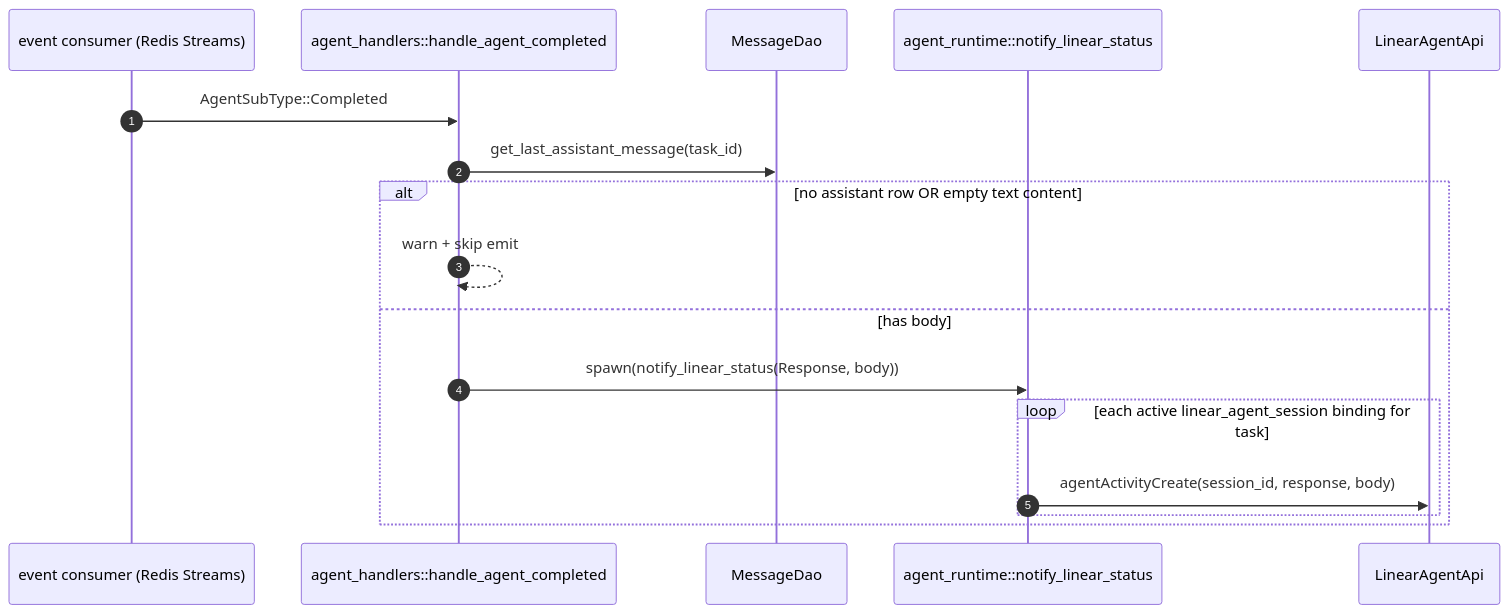
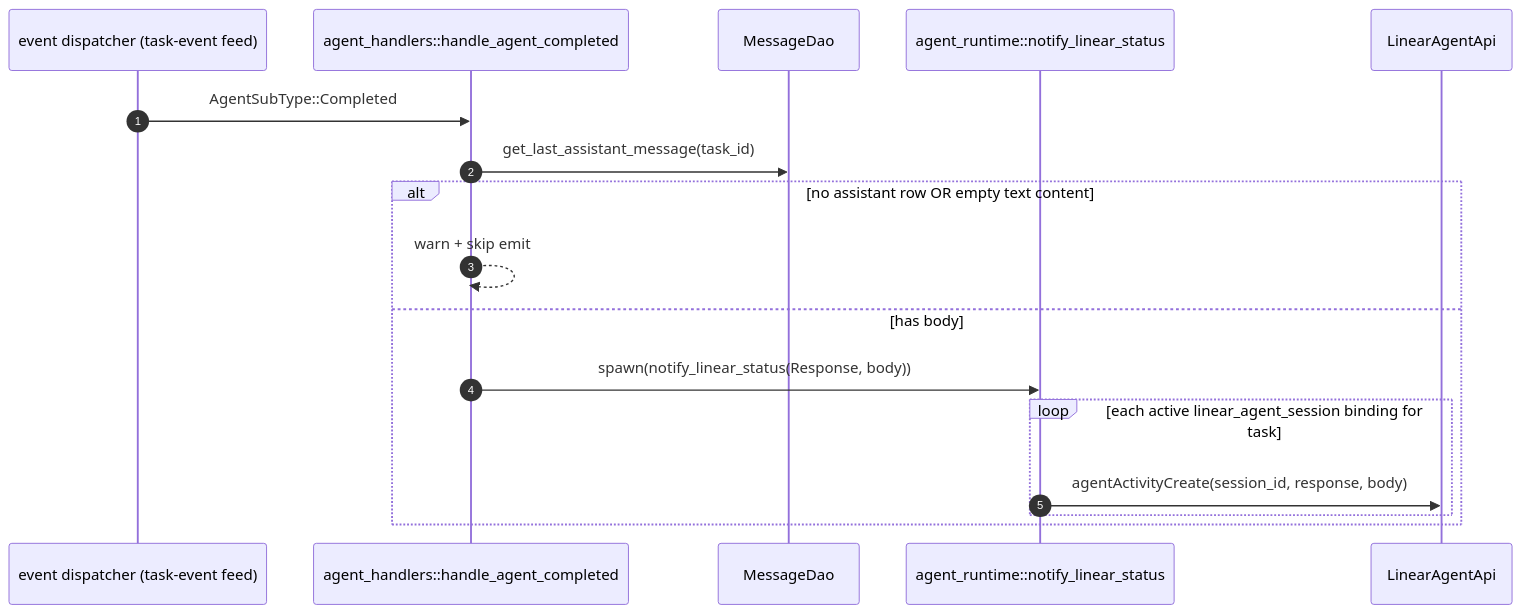
One commit to aorwall/moatless changed the seventh of 9 diagrams in docs/linear-adapter.md. Above: the diagram before and after it, drawn with Mermaid. The commit also changed 125 other files, not shown here.

````diff
--- a/docs/linear-adapter.md
+++ b/docs/linear-adapter.md
@@ -376,20 +376,20 @@
 ```mermaid
 sequenceDiagram
     autonumber
-    participant Consumer as event consumer (Redis Streams)
+    participant Consumer as event dispatcher (task-event feed)
     participant Hook as agent_handlers::handle_agent_completed
     participant DAO as MessageDao
     participant Notify as agent_runtime::notify_linear_status
     participant API as LinearAgentApi
 
     Consumer->>Hook: AgentSubType::Completed
     Hook->>DAO: get_last_assistant_message(task_id)
     alt no assistant row OR empty text content
         Hook-->>Hook: warn + skip emit
     else has body
         Hook->>Notify: spawn(notify_linear_status(Response, body))
         loop each active linear_agent_session binding for task
             Notify->>API: agentActivityCreate(session_id, response, body)
         end
     end
 ```
````
